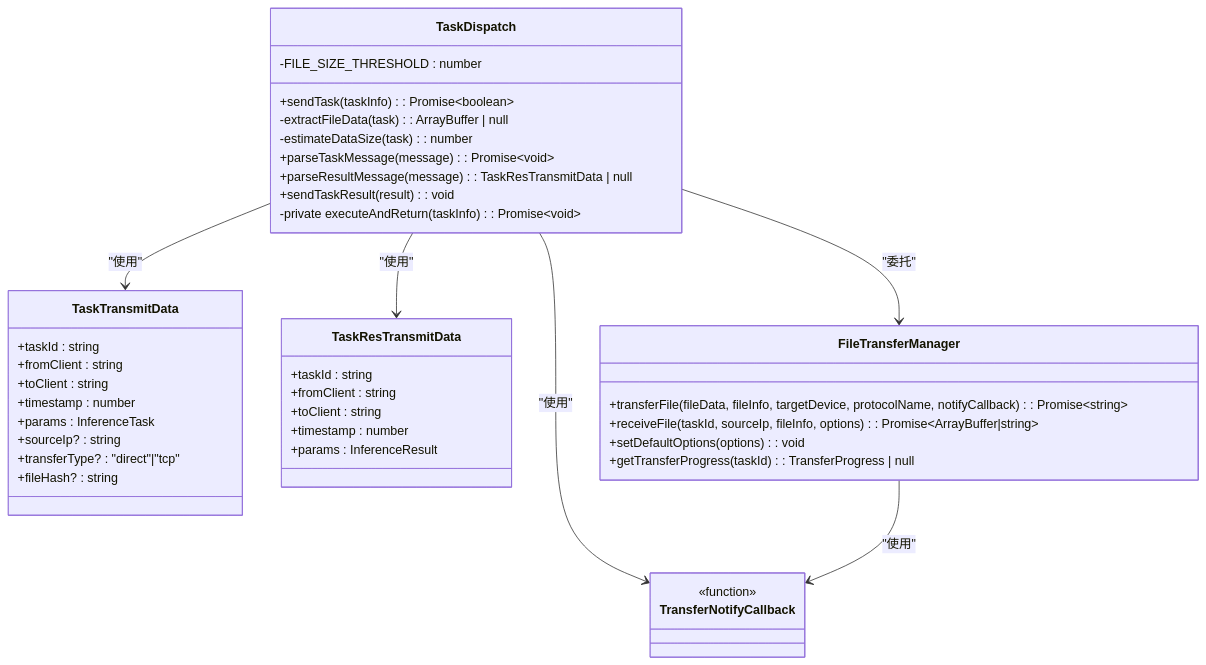
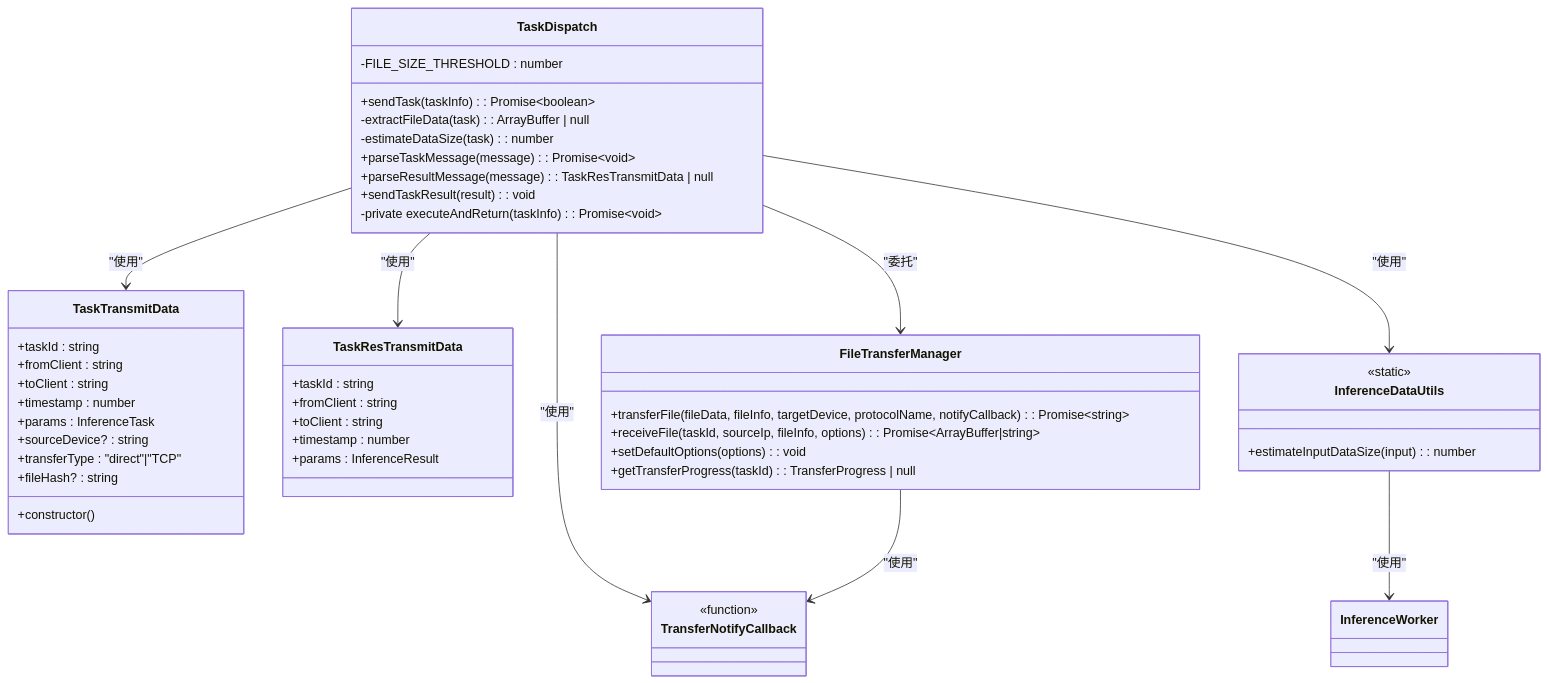
Before and after one commit to huo65/OH-Co3: the third of 9 diagrams in .qoder/repowiki/zh/content/任务调度系统/任务分发机制.md, drawn with Mermaid. The commit also changed other lines of this file and 15 other files, not shown here.

````diff
--- a/.qoder/repowiki/zh/content/任务调度系统/任务分发机制.md
+++ b/.qoder/repowiki/zh/content/任务调度系统/任务分发机制.md
@@ -205,44 +227,51 @@
 ```mermaid
 classDiagram
 class TaskDispatch {
 -FILE_SIZE_THRESHOLD : number
 +sendTask(taskInfo) : Promise~boolean~
 -extractFileData(task) : ArrayBuffer | null
 -estimateDataSize(task) : number
 +parseTaskMessage(message) : Promise~void~
 +parseResultMessage(message) : TaskResTransmitData | null
 +sendTaskResult(result) : void
 -private executeAndReturn(taskInfo) : Promise~void~
 }
 class TaskTransmitData {
 +taskId : string
 +fromClient : string
 +toClient : string
 +timestamp : number
 +params : InferenceTask
-+sourceIp? : string
-+transferType? : "direct"|"tcp"
++sourceDevice? : string
++transferType : "direct"|"TCP"
 +fileHash? : string
++constructor()
 }
 class TaskResTransmitData {
 +taskId : string
 +fromClient : string
 +toClient : string
 +timestamp : number
 +params : InferenceResult
 }
 class FileTransferManager {
 +transferFile(fileData, fileInfo, targetDevice, protocolName, notifyCallback) : Promise~string~
 +receiveFile(taskId, sourceIp, fileInfo, options) : Promise~ArrayBuffer|string~
 +setDefaultOptions(options) : void
 +getTransferProgress(taskId) : TransferProgress | null
 }
 class TransferNotifyCallback {
 <<function>>
 }
+class InferenceDataUtils {
+<<static>>
++estimateInputDataSize(input) : number
+}
 TaskDispatch --> TaskTransmitData : "使用"
 TaskDispatch --> TaskResTransmitData : "使用"
 TaskDispatch --> FileTransferManager : "委托"
 TaskDispatch --> TransferNotifyCallback : "使用"
+TaskDispatch --> InferenceDataUtils : "使用"
 FileTransferManager --> TransferNotifyCallback : "使用"
+InferenceDataUtils --> InferenceWorker : "使用"
 ```
````
